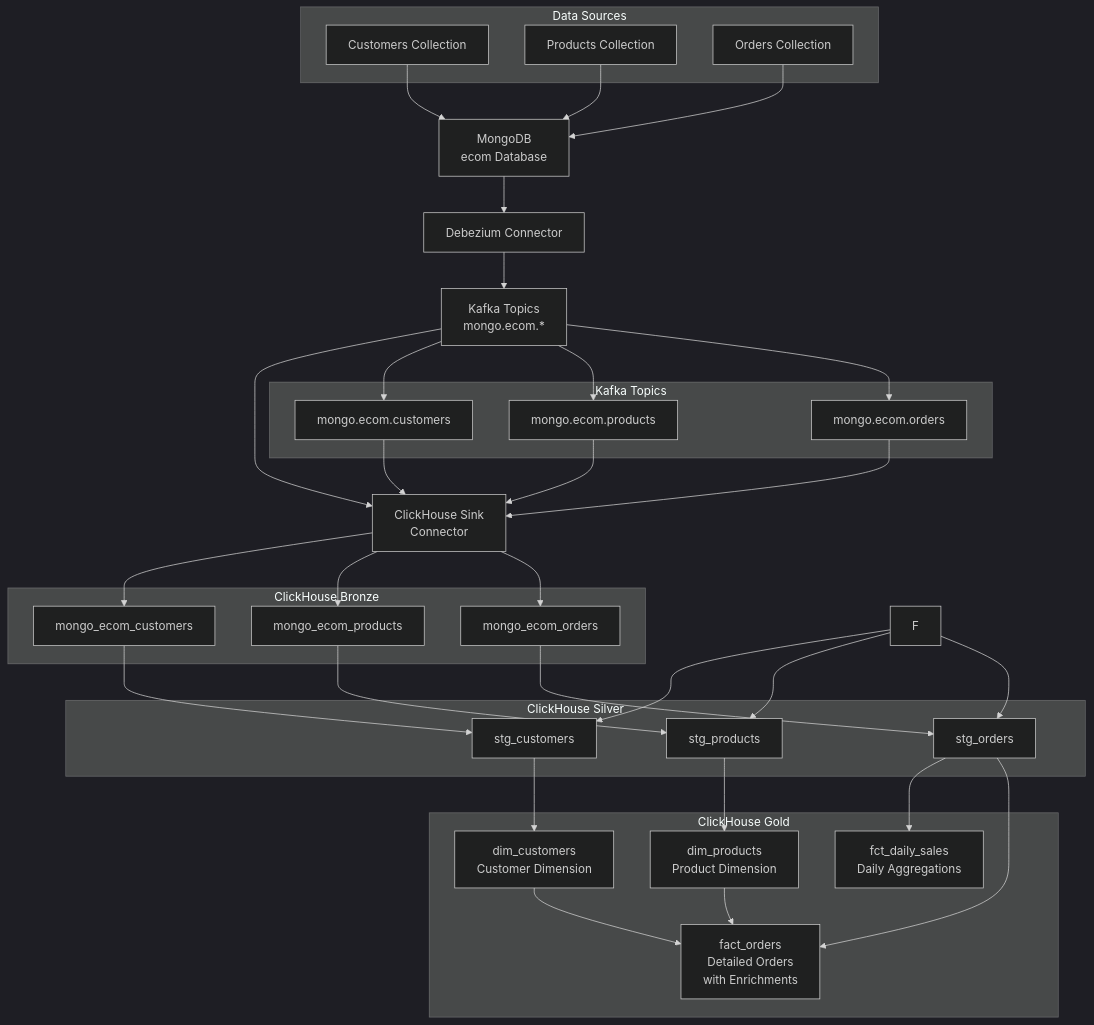
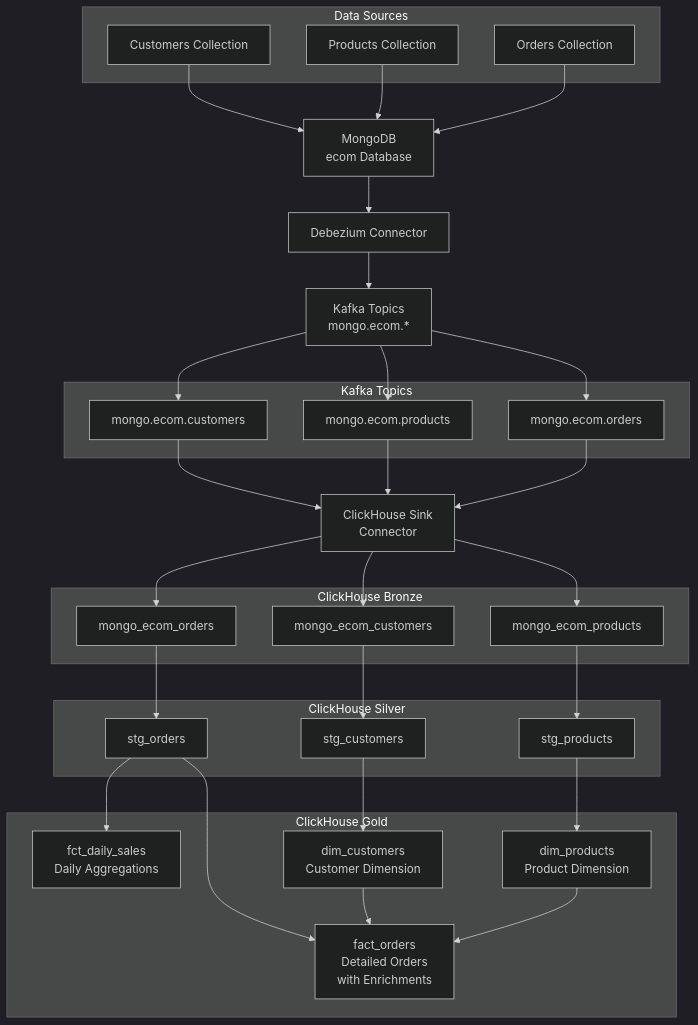
The diagram in README.md (alponkk/Change-Data-Capture-E-Commerce), drawn with Mermaid (dark theme) before and after one commit.

Commit message:
Refine data flow diagram in README by removing redundant output node connections
- Eliminated unnecessary connections from F to G1, G2, and G3 to streamline the data flow representation.

````diff
--- a/README.md
+++ b/README.md
@@ -196,68 +196,64 @@
 ```mermaid
 graph TD
     A[MongoDB<br/>ecom Database] --> B[Debezium Connector]
     B --> C[Kafka Topics<br/>mongo.ecom.*]
-    C --> D[ClickHouse Sink<br/>Connector]
+    D[ClickHouse Sink<br/>Connector]
     
     subgraph "Data Sources"
         A1[Customers Collection]
         A2[Products Collection] 
         A3[Orders Collection]
     end
     
     subgraph "Kafka Topics"
         C1[mongo.ecom.customers]
         C2[mongo.ecom.products]
         C3[mongo.ecom.orders]
     end
     
     subgraph "ClickHouse Bronze"
         E1[mongo_ecom_customers]
         E2[mongo_ecom_products]
         E3[mongo_ecom_orders]
     end
     
     subgraph "ClickHouse Silver"
         G1[stg_customers]
         G2[stg_products]
         G3[stg_orders]
     end
     
     subgraph "ClickHouse Gold"
         H1[fct_daily_sales<br/>Daily Aggregations]
         H2[dim_customers<br/>Customer Dimension]
         H3[dim_products<br/>Product Dimension]
         H4[fact_orders<br/>Detailed Orders<br/>with Enrichments]
     end
     
     A1 --> A
     A2 --> A
     A3 --> A
     
     C --> C1
     C --> C2
     C --> C3
     
     C1 --> D
     C2 --> D
     C3 --> D
     
     D --> E1
     D --> E2
     D --> E3
     
     E1 --> G1
     E2 --> G2
     E3 --> G3
     
-    F --> G1
-    F --> G2
-    F --> G3
-    
     G1 --> H2
     G2 --> H3
     G3 --> H1
     G3 --> H4
     H2 --> H4
     H3 --> H4
 ```
````
